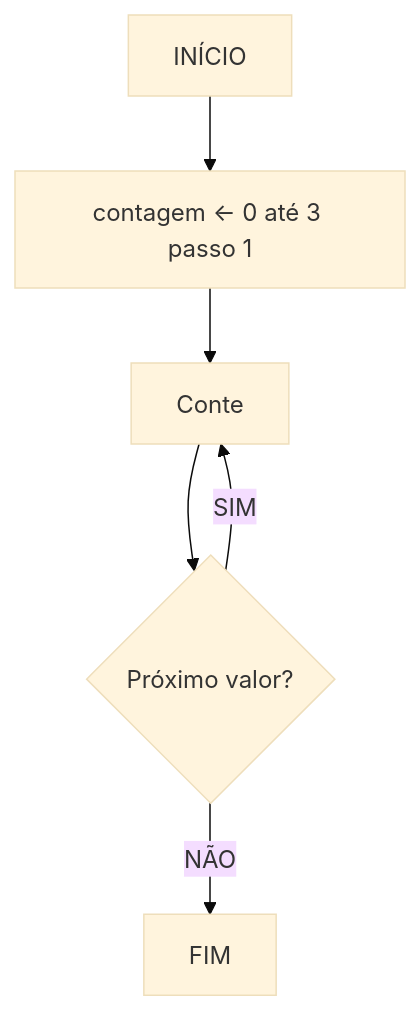
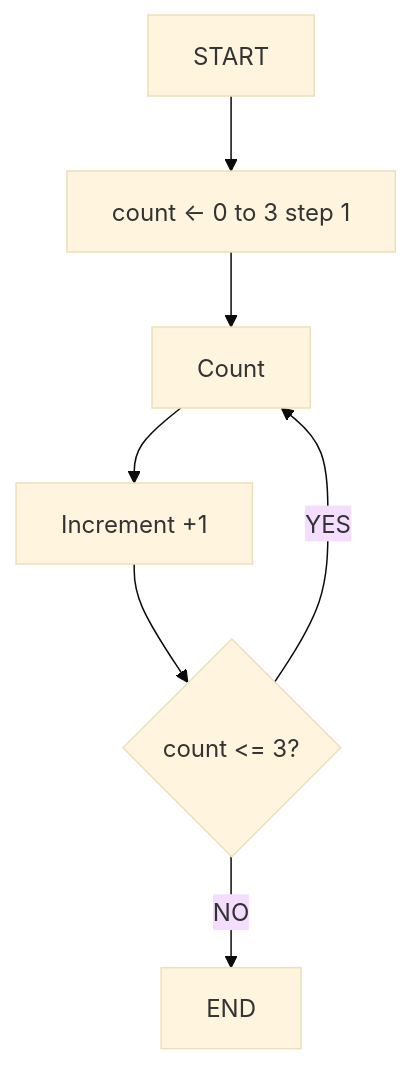
The first of 2 diagrams in Readme - Lessons/fundamentals/Lesson 13 - Repetition Structure (Part 3)/lesson-13-en.md (ThayronyVonHeld/java-backend-journey), drawn with Mermaid (base theme) before and after one commit. The commit also changed other lines of this file and 1 other file, not shown here.

````diff
--- a/Readme - Lessons/fundamentals/Lesson 13 - Repetition Structure (Part 3)/lesson-13-en.md
+++ b/Readme - Lessons/fundamentals/Lesson 13 - Repetition Structure (Part 3)/lesson-13-en.md
@@ -27,8 +36,9 @@
 ```mermaid
 flowchart TD
-    A[INÍCIO] --> B[contagem ← 0 até 3 passo 1]
-    B --> C[Conte]
-    C --> D{Próximo valor?}
-    D -->|SIM| C
-    D -->|NÃO| E[FIM]
+    A[START] --> B[count ← 0 to 3 step 1]
+    B --> C[Count]
+    C --> D[Increment +1]
+    D --> E{count <= 3?}
+    E -->|YES| C
+    E -->|NO| F[END]
 ```
````
